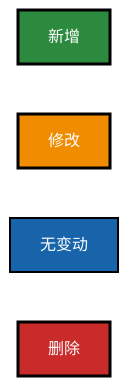
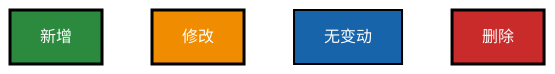
One commit to Tony7817/Look-What-You-Did changed the fourth of 4 diagrams in skills/write-branch-change-doc/references/document-format.md. Above: the diagram before and after it, drawn with Mermaid (forest theme). The commit also changed other lines of this file and 2 other files, not shown here.

Commit message:
docs: sync complete sequence diagram guidance for branch change docs

````diff
--- a/skills/write-branch-change-doc/references/document-format.md
+++ b/skills/write-branch-change-doc/references/document-format.md
@@ -230,12 +297,13 @@
 ```mermaid
 flowchart LR
     added["新增"]:::added
     modified["修改"]:::modified
     unchanged["无变动"]:::unchanged
     deleted["删除"]:::deleted
+    added ~~~ modified ~~~ unchanged ~~~ deleted
 
     classDef added fill:#2b8a3e,stroke:#000000,stroke-width:3px,color:#ffffff
     classDef modified fill:#f08c00,stroke:#000000,stroke-width:3px,color:#ffffff
     classDef unchanged fill:#1864ab,stroke:#000000,stroke-width:2px,color:#ffffff
     classDef deleted fill:#c92a2a,stroke:#000000,stroke-width:3px,color:#ffffff
 ```
````
